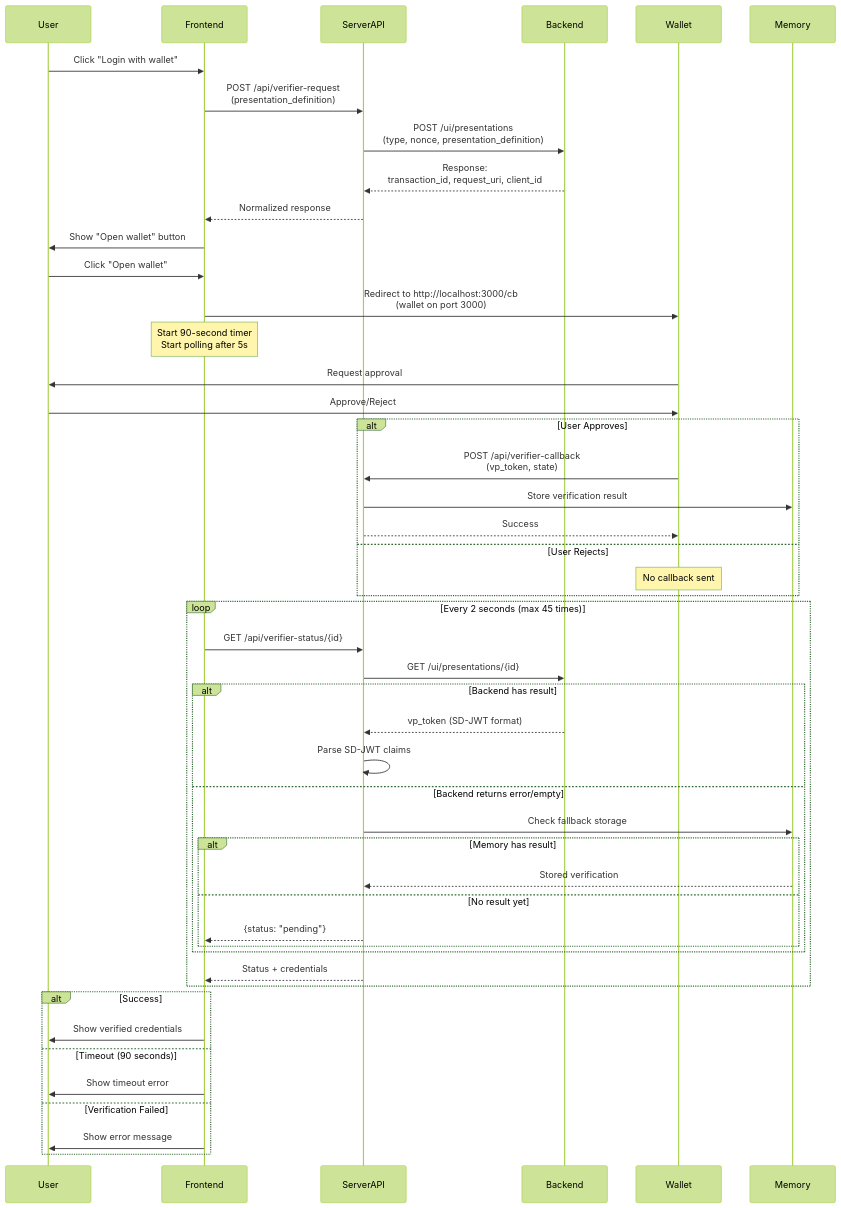
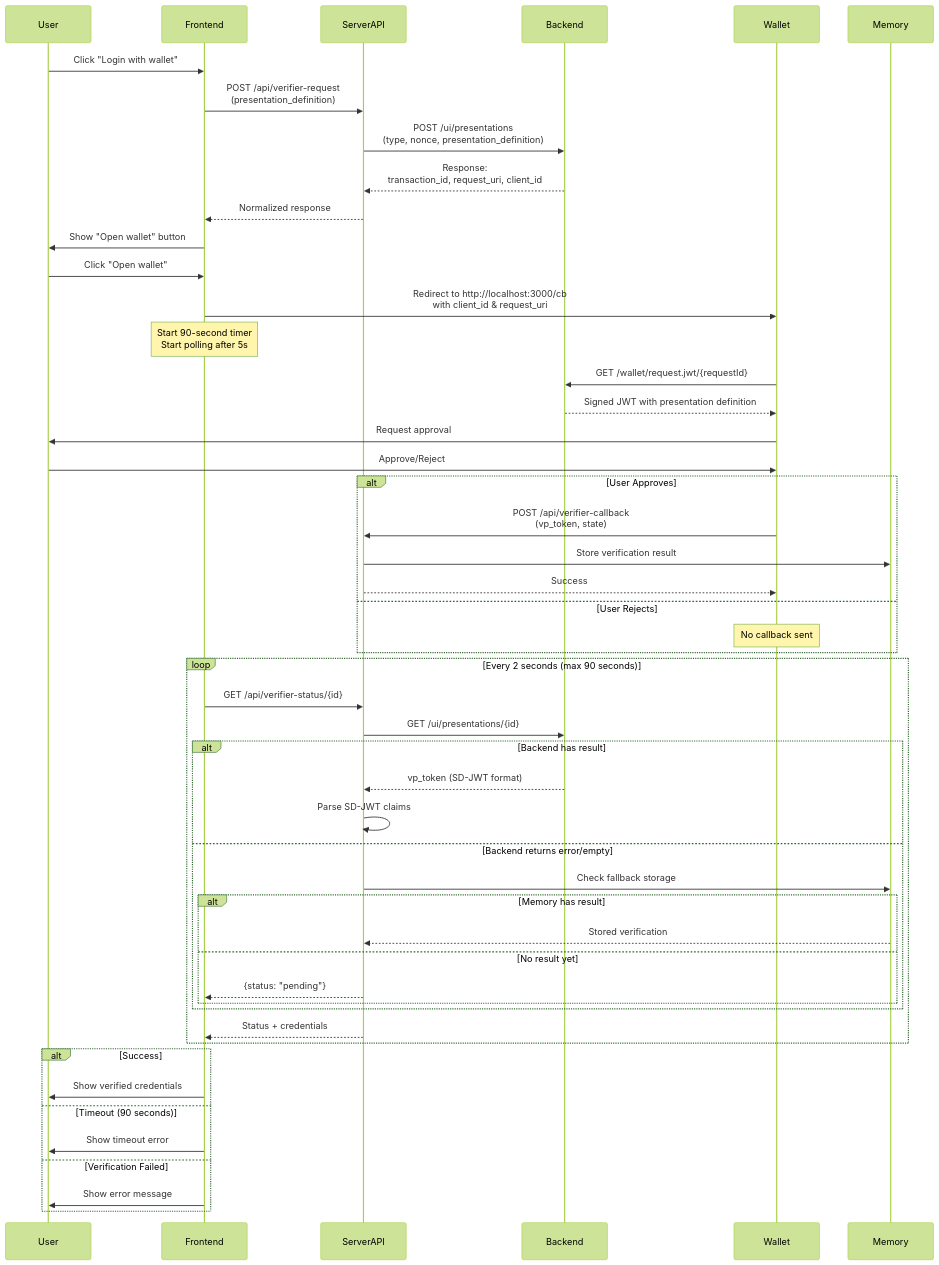
Before and after one commit to jhdigg/wallet-verifier-test-web: the second of 2 diagrams in README.md, drawn with Mermaid (forest theme). The commit also changed other lines of this file, not shown here.

````diff
--- a/README.md
+++ b/README.md
@@ -73,59 +66,62 @@
 ```mermaid
 sequenceDiagram
     participant User
     participant Frontend
     participant ServerAPI
     participant Backend
     participant Wallet
     participant Memory
 
     User->>Frontend: Click "Login with wallet"
     Frontend->>ServerAPI: POST /api/verifier-request<br/>(presentation_definition)
     ServerAPI->>Backend: POST /ui/presentations<br/>(type, nonce, presentation_definition)
     Backend-->>ServerAPI: Response:<br/>transaction_id, request_uri, client_id
     ServerAPI-->>Frontend: Normalized response
     
     Frontend->>User: Show "Open wallet" button
     User->>Frontend: Click "Open wallet"
-    Frontend->>Wallet: Redirect to http://localhost:3000/cb<br/>(wallet on port 3000)
+    Frontend->>Wallet: Redirect to http://localhost:3000/cb<br/>with client_id & request_uri
     
     Note over Frontend: Start 90-second timer<br/>Start polling after 5s
+    
+    Wallet->>Backend: GET /wallet/request.jwt/{requestId}
+    Backend-->>Wallet: Signed JWT with presentation definition
     
     Wallet->>User: Request approval
     User->>Wallet: Approve/Reject
     
     alt User Approves
         Wallet->>ServerAPI: POST /api/verifier-callback<br/>(vp_token, state)
         ServerAPI->>Memory: Store verification result
         ServerAPI-->>Wallet: Success
     else User Rejects
         Note over Wallet: No callback sent
     end
     
-    loop Every 2 seconds (max 45 times)
+    loop Every 2 seconds (max 90 seconds)
         Frontend->>ServerAPI: GET /api/verifier-status/{id}
         ServerAPI->>Backend: GET /ui/presentations/{id}
         
         alt Backend has result
             Backend-->>ServerAPI: vp_token (SD-JWT format)
             ServerAPI->>ServerAPI: Parse SD-JWT claims
         else Backend returns error/empty
             ServerAPI->>Memory: Check fallback storage
             alt Memory has result
                 Memory-->>ServerAPI: Stored verification
             else No result yet
                 ServerAPI-->>Frontend: {status: "pending"}
             end
         end
         
         ServerAPI-->>Frontend: Status + credentials
     end
     
     alt Success
         Frontend->>User: Show verified credentials
     else Timeout (90 seconds)
         Frontend->>User: Show timeout error
     else Verification Failed
         Frontend->>User: Show error message
     end
 ```
````
